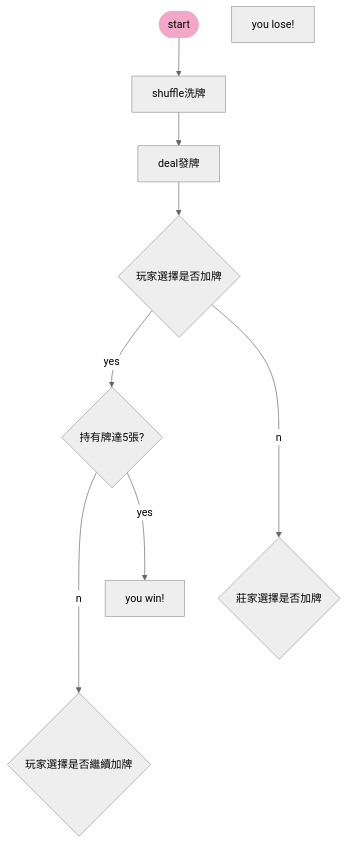
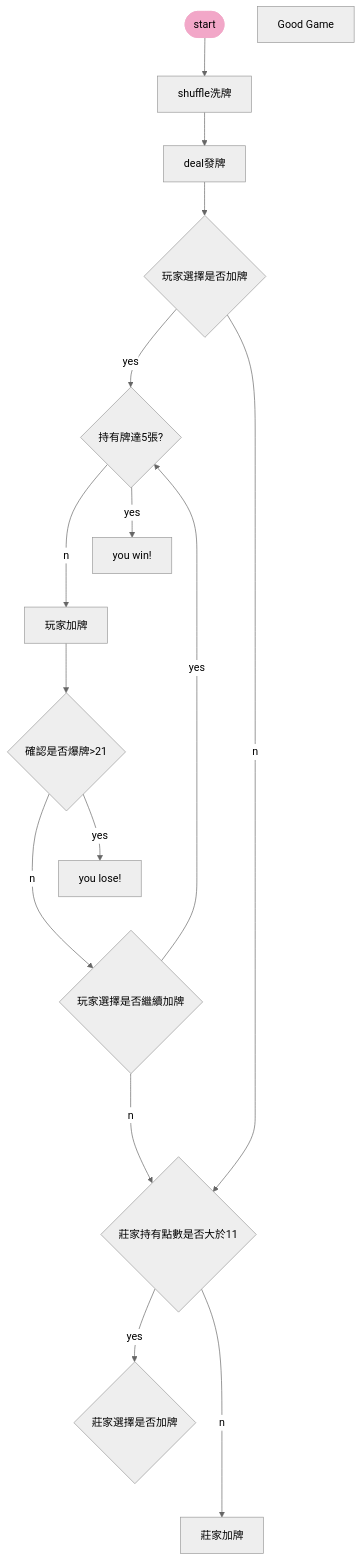
Before and after one commit to windware1203/Digital_electronics_study: the diagram in README.md, drawn with Mermaid (neutral theme). The commit also changed other lines of this file, not shown here.

````diff
--- a/README.md
+++ b/README.md
@@ -111,36 +104,58 @@
 ```mermaid
 %%$Author:[name=武田奈々]、[name=侯正成]
 flowchart TB;
 classDef startClass fill:#f2a7c8;
 classDef startClass stroke:#f2a7c8;
 
+classDef winlass fill:##87A330;
+classDef winClass stroke:##87A330;
+
+classDef loseClass fill:##87BCDE;
+classDef loseClass stroke:##87BCDE;
     %%*********************************/
     %% Start
     
     Start([start]):::startClass-->
     shuffle洗牌-->deal
     -->playerChoose
     playerChoose--yes-->passFive
-    passFive--no-->playerAgain
-    passFive--yes-->win
+    
+    passFive--no-->plus
+    
+    plus-->checkGG
+    
+    playerChoose--no-->dealerPlus
+    checkGG--no-->playerAgain
     
     
-    playerChoose--no-->dealerPlus
+    playerAgain--yes-->passFive
+    playerAgain--no-->dealerPlus
+    
+    dealerPlus--yes-->dealerChoose
+    dealerPlus--no-->dealerPP
+    
+    checkGG--yes-->lose
+    passFive--yes-->win
     %%*********************************/
     %% The information of Nodes
     %% Ex: nodeName[Text] 方框 ([])圓角方框 {}菱形大框框(確實)
     
     deal[deal發牌]
+    plus[玩家加牌]
+    dealerPP[莊家加牌]
     playerChoose{玩家選擇是否加牌}
     playerAgain{玩家選擇是否繼續加牌}
-    dealerPlus{莊家選擇是否加牌}
+    dealerChoose{莊家選擇是否加牌}
+    dealerPlus{莊家持有點數是否大於11}
     passFive{持有牌達5張?}
+    checkGG{確認是否爆牌>21}
+    win[you win!]:::winClass
+    lose[you lose!]:::loseClass
     
-    win[you win!]
-    lose[you lose!]
+    GG[Good Game]
  
   
  
-    %% 尚未完成: 過五關、改成英文、重新發牌拉線
+  
     %%*********************************/
 ```
````
